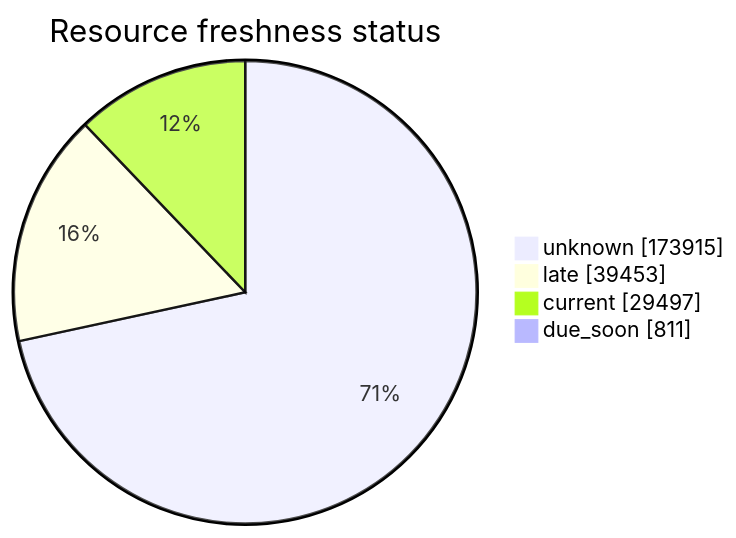
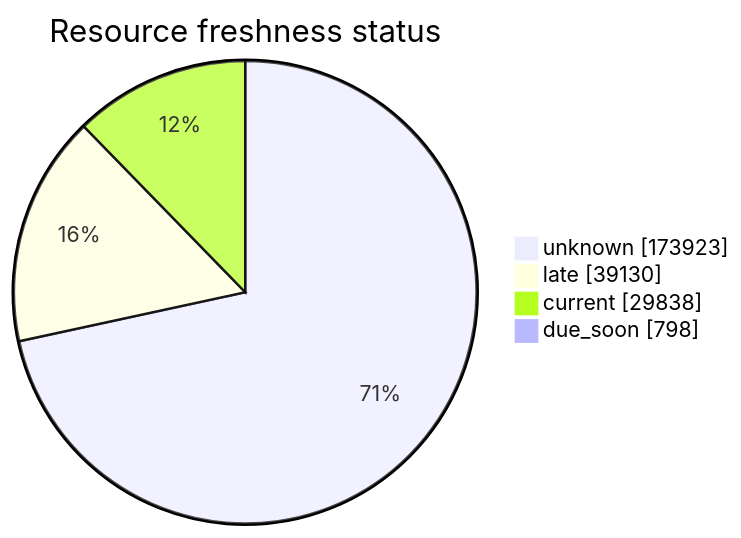
The third of 5 diagrams in FreshCheck/README.md (open-data/analytics-corporate-reporting), drawn with Mermaid before and after one commit. The commit also changed other lines of this file and 3 other files, not shown here.

````diff
--- a/FreshCheck/README.md
+++ b/FreshCheck/README.md
@@ -77,7 +77,7 @@
 ```mermaid
 pie showData title Resource freshness status
-    "unknown": 173915
-    "late": 39453
-    "current": 29497
-    "due_soon": 811
+    "unknown": 173923
+    "late": 39130
+    "current": 29838
+    "due_soon": 798
 ```
````
